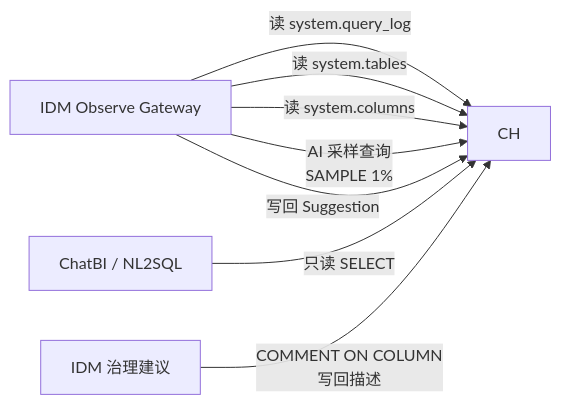
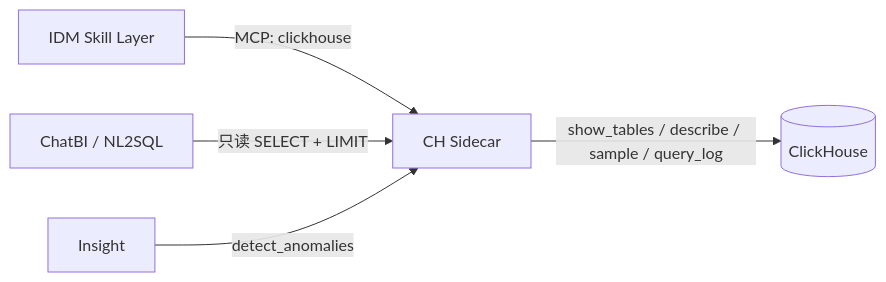
The eighth of 8 diagrams in docs/design/architecture.md (gavenlv/idm), drawn with Mermaid before and after one commit. The commit also changed other lines of this file and 92 other files, not shown here.

````diff
--- a/docs/design/architecture.md
+++ b/docs/design/architecture.md
@@ -345,10 +419,7 @@
 ```mermaid
 flowchart LR
-    A[IDM Observe Gateway] -->|读 system.query_log| B[CH]
-    A -->|读 system.tables| B
-    A -->|读 system.columns| B
-    A -->|AI 采样查询<br/>SAMPLE 1%| B
-    A -->|写回 Suggestion| B
-    C[ChatBI / NL2SQL] -->|只读 SELECT| B
-    D[IDM 治理建议] -->|COMMENT ON COLUMN<br/>写回描述| B
+    A[IDM Skill Layer] -->|MCP: clickhouse| B[CH Sidecar]
+    B -->|show_tables / describe / sample / query_log| C[(ClickHouse)]
+    D[ChatBI / NL2SQL] -->|只读 SELECT + LIMIT| B
+    E[Insight] -->|detect_anomalies| B
 ```
````
